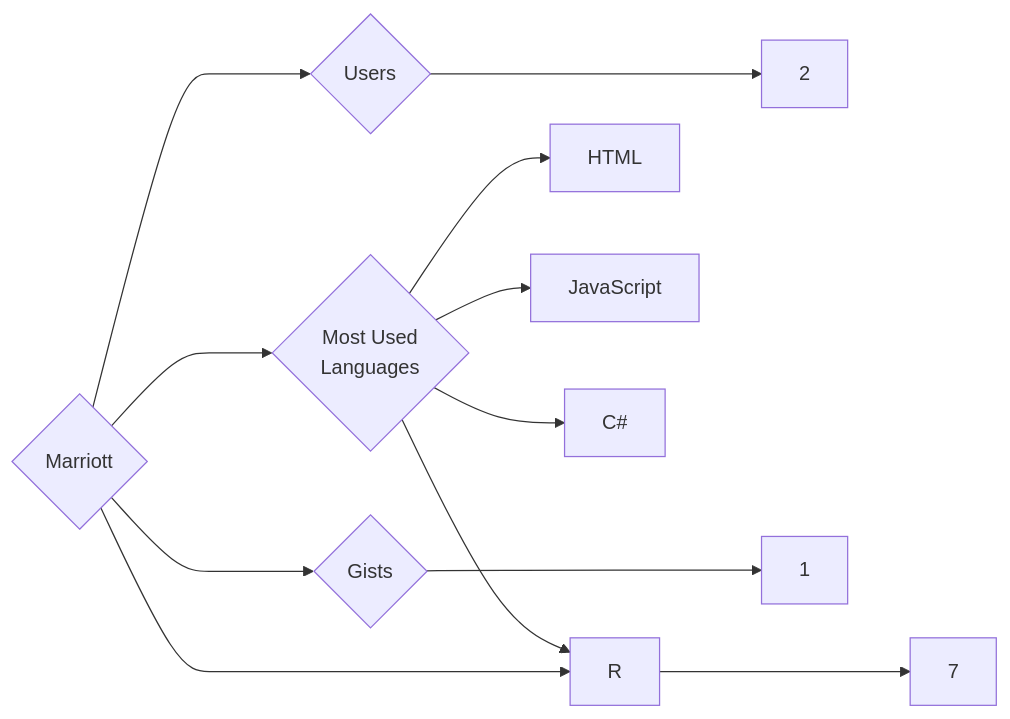
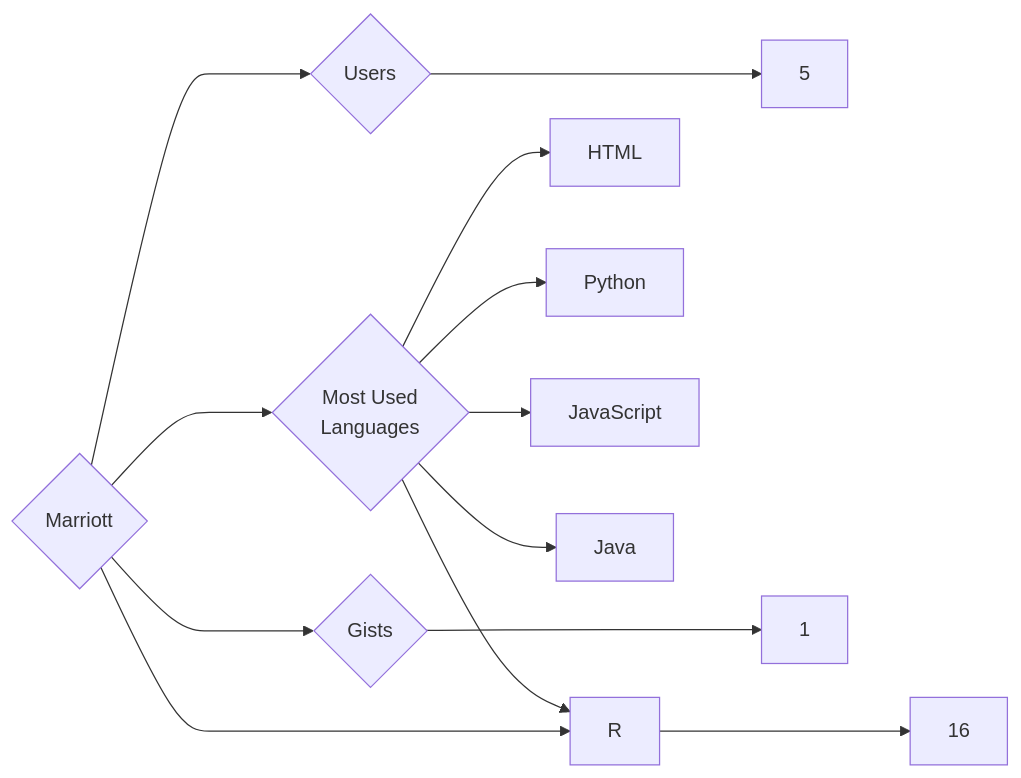
The diagram in targets/Marriott/README.md (trickest/insiders), drawn with Mermaid before and after one commit. The commit also changed 1696 other files, not shown here.

````diff
--- a/targets/Marriott/README.md
+++ b/targets/Marriott/README.md
@@ -3,12 +3,13 @@
 ```mermaid
 graph LR
 COMPANY_NAME{Marriott}
-COMPANY_NAME ---> U{Users} ---> UN[2]
-COMPANY_NAME ---> R{Repositories} ---> RN[7]
+COMPANY_NAME ---> U{Users} ---> UN[5]
+COMPANY_NAME ---> R{Repositories} ---> RN[16]
 COMPANY_NAME ---> G{Gists} ---> GN[1]
 COMPANY_NAME ---> ML{Most Used<br>Languages}
 ML --> HTML[HTML]
+ML --> Python[Python]
+ML --> JavaScript[JavaScript]
+ML --> Java[Java]
 ML --> R[R]
-ML --> JavaScript[JavaScript]
-ML --> C#[C#]
 ```
````
